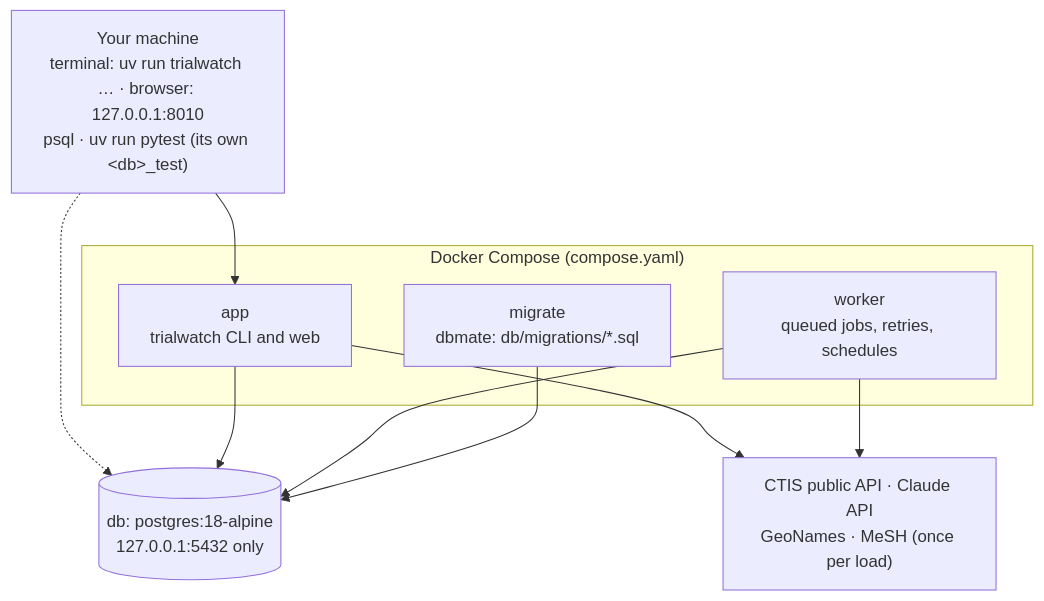
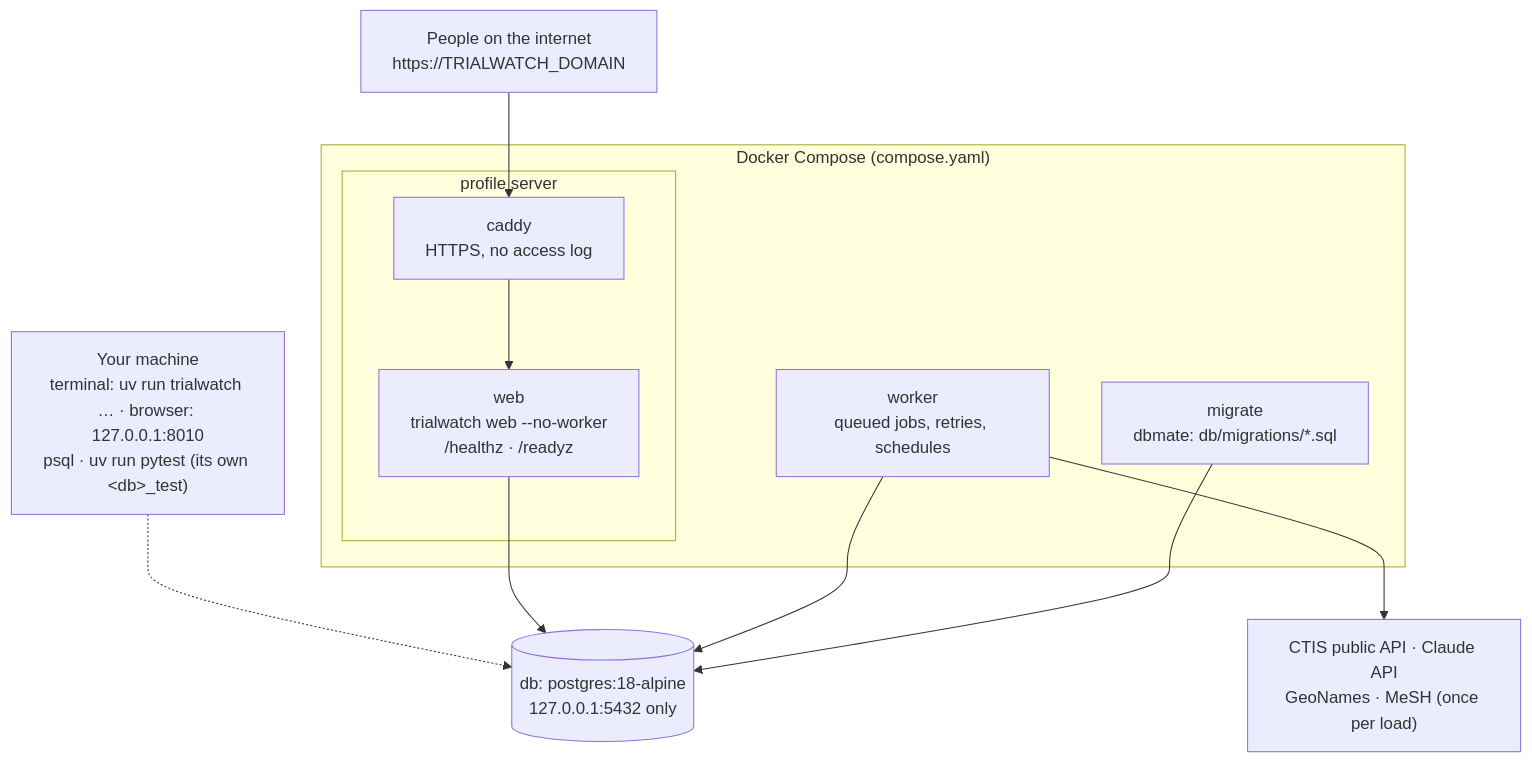
One commit to shmarlya/trialwatch changed the first of 2 diagrams in docs/operations.md. Above: the diagram before and after it, drawn with Mermaid. The commit also changed other lines of this file and 42 other files, not shown here.

````diff
--- a/docs/operations.md
+++ b/docs/operations.md
@@ -6,18 +6,21 @@
 ```mermaid
 flowchart TB
     you["Your machine<br>terminal: uv run trialwatch … · browser: 127.0.0.1:8010<br>psql · uv run pytest (its own &lt;db&gt;_test)"]
+    people["People on the internet<br>https://TRIALWATCH_DOMAIN"]
     subgraph compose["Docker Compose (compose.yaml)"]
-        app["app<br>trialwatch CLI and web"]
+        subgraph server["profile server"]
+            caddy["caddy<br>HTTPS, no access log"]
+            web["web<br>trialwatch web --no-worker<br>/healthz · /readyz"]
+        end
         worker["worker<br>queued jobs, retries, schedules"]
         migrate["migrate<br>dbmate: db/migrations/*.sql"]
     end
     db[("db: postgres:18-alpine<br>127.0.0.1:5432 only")]
     external["CTIS public API · Claude API<br>GeoNames · MeSH (once per load)"]
-    you --> app
+    people --> caddy --> web
     you -.-> db
-    app --> db
+    web --> db
     worker --> db
     migrate --> db
-    app --> external
     worker --> external
 ```
````
